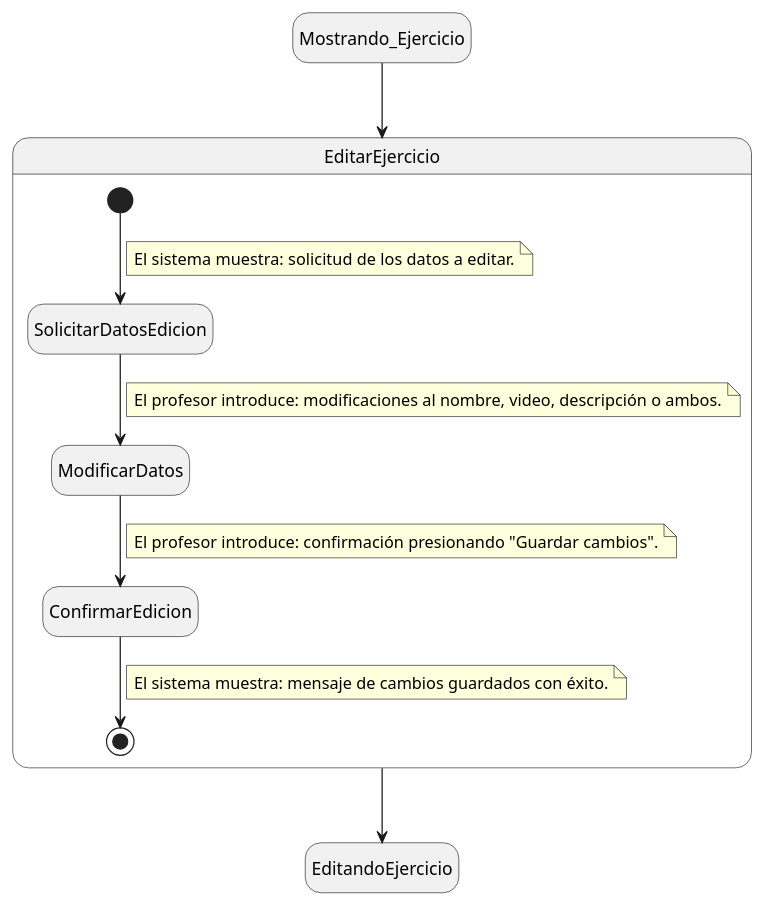
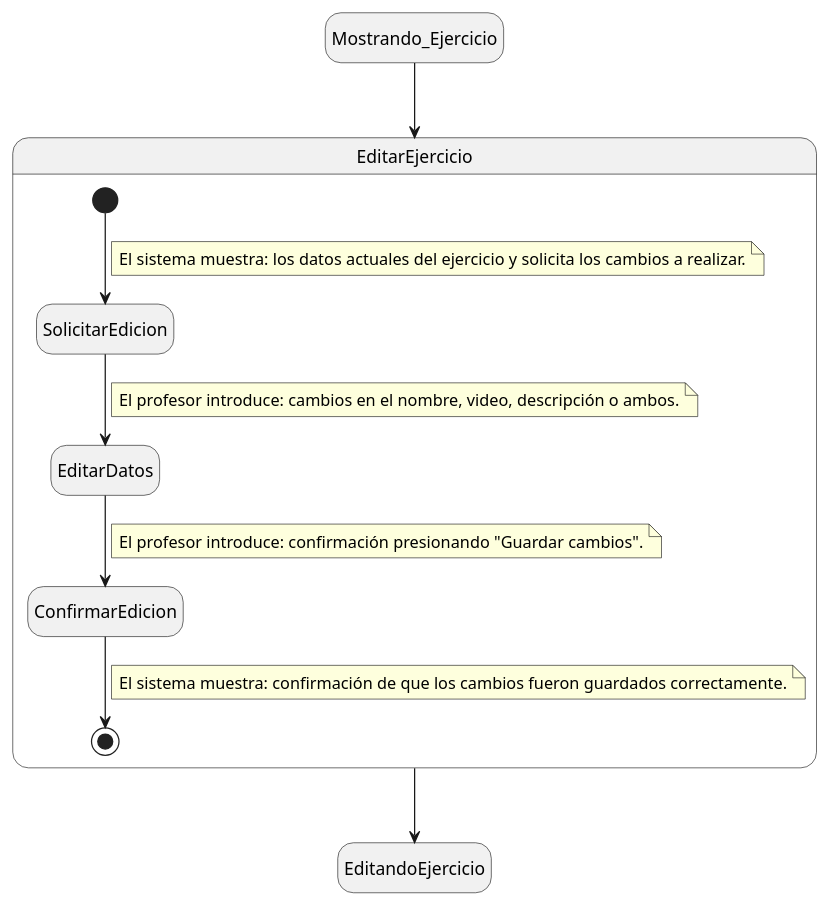
Before and after one commit to mmasias/24-25-IdSw1-SDR: the diagram in Documentos/DetallarCasosDeUso/Profesor/EditarEjercicio.puml, drawn with PlantUML. The commit also changed 1 other file, not shown here.

Commit message:
Editar Ejercicio

```diff
--- a/Documentos/DetallarCasosDeUso/Profesor/EditarEjercicio.puml
+++ b/Documentos/DetallarCasosDeUso/Profesor/EditarEjercicio.puml
@@ -1,33 +1,33 @@
 @startuml EditarEjercicio
 
 hide empty description
 
 state Mostrando_Ejercicio
 state EditandoEjercicio
 
 state EditarEjercicio {
-  [*] --> SolicitarDatosEdicion
+  [*] --> SolicitarEdicion
   note on link
-      El sistema muestra: solicitud de los datos a editar.
+      El sistema muestra: los datos actuales del ejercicio y solicita los cambios a realizar.
   end note
 
-  SolicitarDatosEdicion --> ModificarDatos
+  SolicitarEdicion --> EditarDatos
   note on link
-      El profesor introduce: modificaciones al nombre, video, descripción o ambos.
+      El profesor introduce: cambios en el nombre, video, descripción o ambos.
   end note
 
-  ModificarDatos --> ConfirmarEdicion
+  EditarDatos --> ConfirmarEdicion
   note on link
       El profesor introduce: confirmación presionando "Guardar cambios".
   end note
 
   ConfirmarEdicion --> [*]
   note on link
-      El sistema muestra: mensaje de cambios guardados con éxito.
+      El sistema muestra: confirmación de que los cambios fueron guardados correctamente.
   end note
 }
 
 Mostrando_Ejercicio --> EditarEjercicio
 EditarEjercicio --> EditandoEjercicio
 
 @enduml
```
